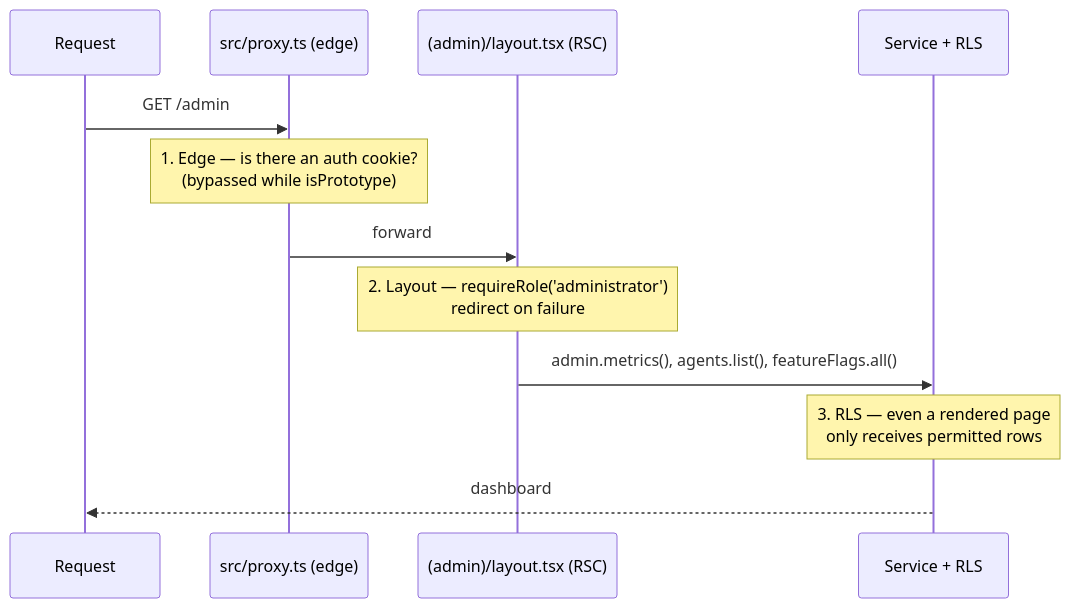
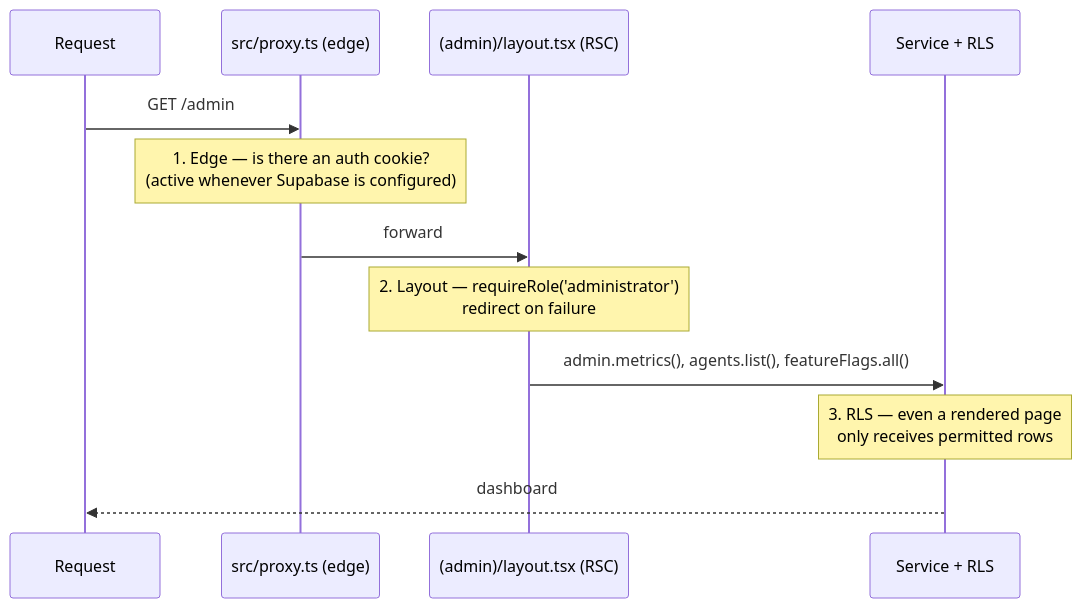
Before and after one commit to jayjay77uk/Juice-doctor: the second of 3 diagrams in docs/architecture/09-admin-foundation.md, drawn with Mermaid. The commit also changed other lines of this file and 84 other files, not shown here.

````diff
--- a/docs/architecture/09-admin-foundation.md
+++ b/docs/architecture/09-admin-foundation.md
@@ -82,14 +86,14 @@
 ```mermaid
 sequenceDiagram
   participant U as Request
   participant P as src/proxy.ts (edge)
   participant L as (admin)/layout.tsx (RSC)
   participant S as Service + RLS
   U->>P: GET /admin
-  Note over P: 1. Edge — is there an auth cookie?<br/>(bypassed while isPrototype)
+  Note over P: 1. Edge — is there an auth cookie?<br/>(active whenever Supabase is configured)
   P->>L: forward
   Note over L: 2. Layout — requireRole('administrator')<br/>redirect on failure
   L->>S: admin.metrics(), agents.list(), featureFlags.all()
   Note over S: 3. RLS — even a rendered page<br/>only receives permitted rows
   S-->>U: dashboard
 ```
````
